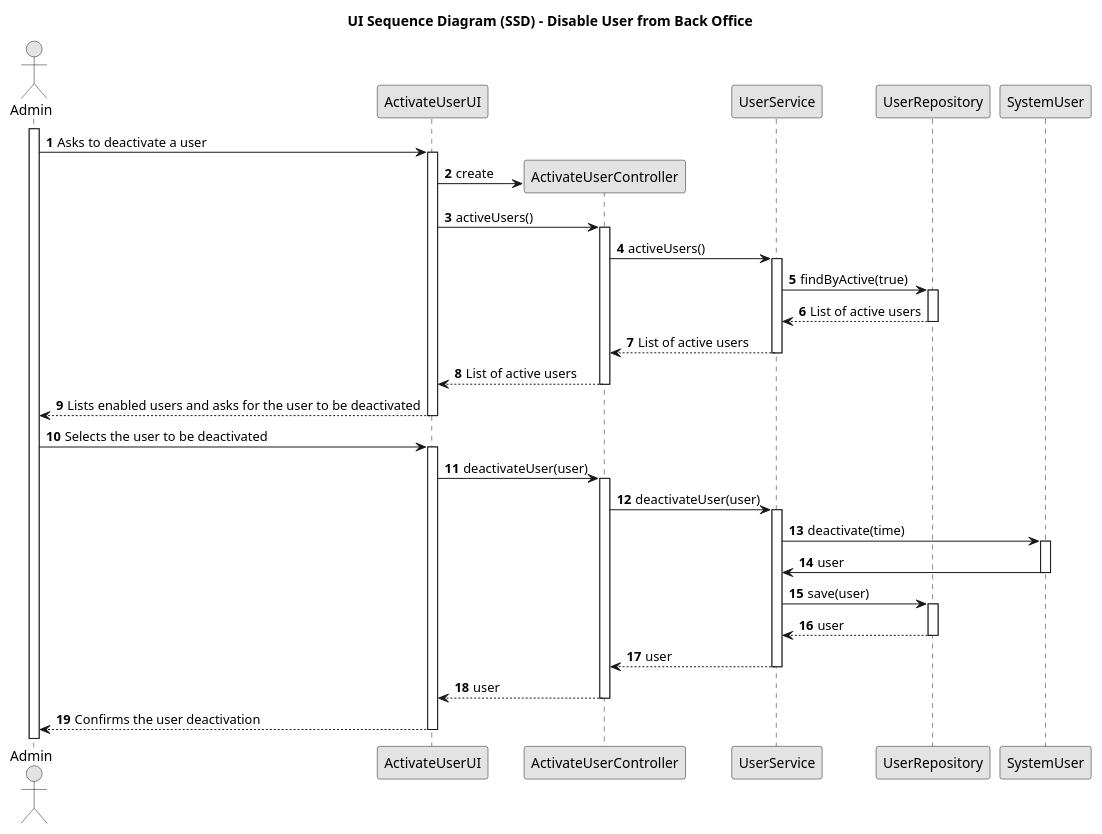
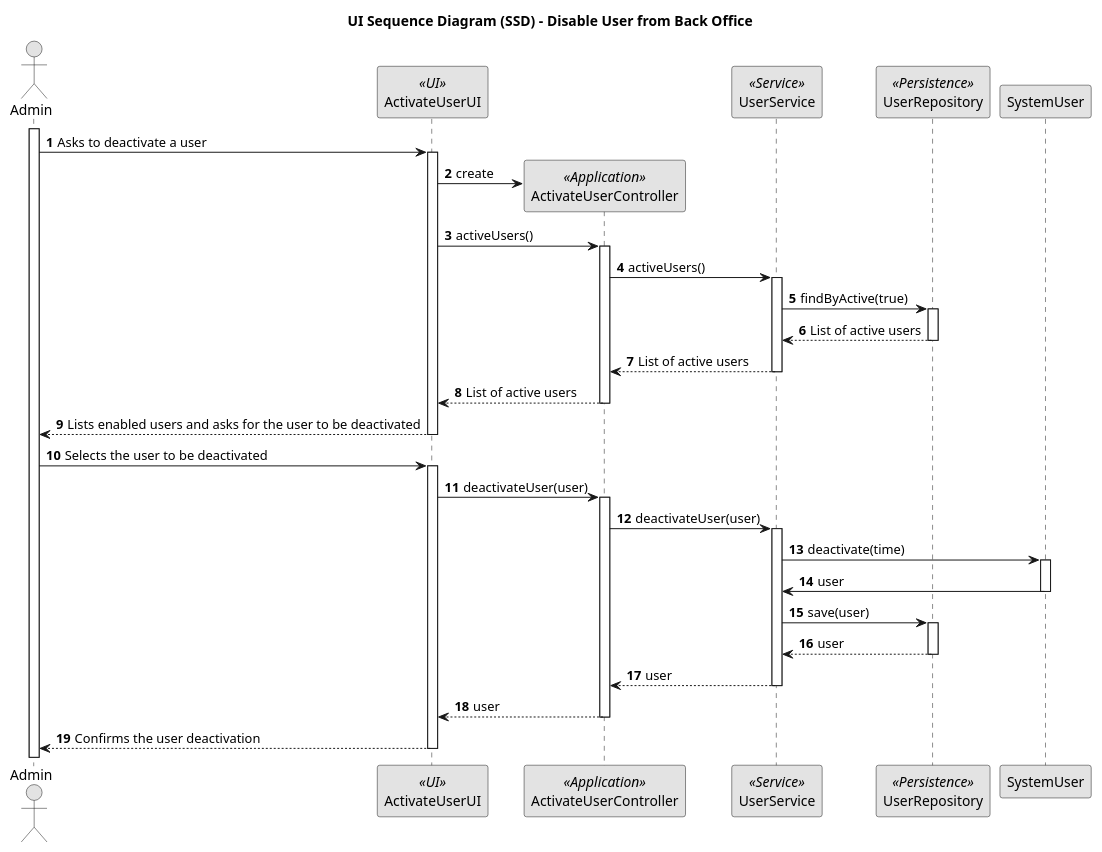
Before and after one commit to marcoferreira37/Lapr4: the diagram in docs/sprintB/1000/1000.2_DisableUser/US1000_SD2.puml, drawn with PlantUML. The commit also changed 19 other files, not shown here.

```diff
--- a/docs/sprintB/1000/1000.2_DisableUser/US1000_SD2.puml
+++ b/docs/sprintB/1000/1000.2_DisableUser/US1000_SD2.puml
@@ -1,80 +1,80 @@
 @startuml
 skinparam monochrome true
 skinparam packageStyle rectangle
 skinparam shadowing false
 
 title UI Sequence Diagram (SSD) - Disable User from Back Office
 
 autonumber
 
 actor "Admin" as User
-participant "ActivateUserUI" as UI
-participant "ActivateUserController" as Controller
-participant "UserService" as UserService
-participant "UserRepository" as UserRepository
+participant "ActivateUserUI" as UI <<UI>>
+participant "ActivateUserController" as Controller <<Application>>
+participant "UserService" as UserService <<Service>>
+participant "UserRepository" as UserRepository <<Persistence>>
 
 activate User
 
     User -> UI : Asks to deactivate a user
     activate UI
 
     UI -> Controller** : create
 
 
     UI -> Controller : activeUsers()
     activate Controller
 
     Controller -> UserService : activeUsers()
     activate UserService
 
     UserService -> UserRepository : findByActive(true)
     activate UserRepository
 
     UserRepository --> UserService : List of active users
     deactivate UserRepository
 
     UserService --> Controller : List of active users
     deactivate UserService
 
     Controller --> UI : List of active users
     deactivate Controller
 
     UI --> User : Lists enabled users and asks for the user to be deactivated
     deactivate UI
 
     User -> UI : Selects the user to be deactivated
     activate UI
 
     UI -> Controller : deactivateUser(user)
     activate Controller
 
     Controller -> UserService : deactivateUser(user)
     activate UserService
 
     UserService -> SystemUser : deactivate(time)
     activate SystemUser
 
     SystemUser -> UserService : user
     deactivate SystemUser
 
     UserService -> UserRepository : save(user)
     activate UserRepository
 
     UserRepository --> UserService : user
     deactivate UserRepository
 
     UserService --> Controller : user
     deactivate UserService
 
     Controller --> UI : user
     deactivate Controller
 
     UI --> User : Confirms the user deactivation
     deactivate UI
 
 
 
 
 
 
 @enduml
```
